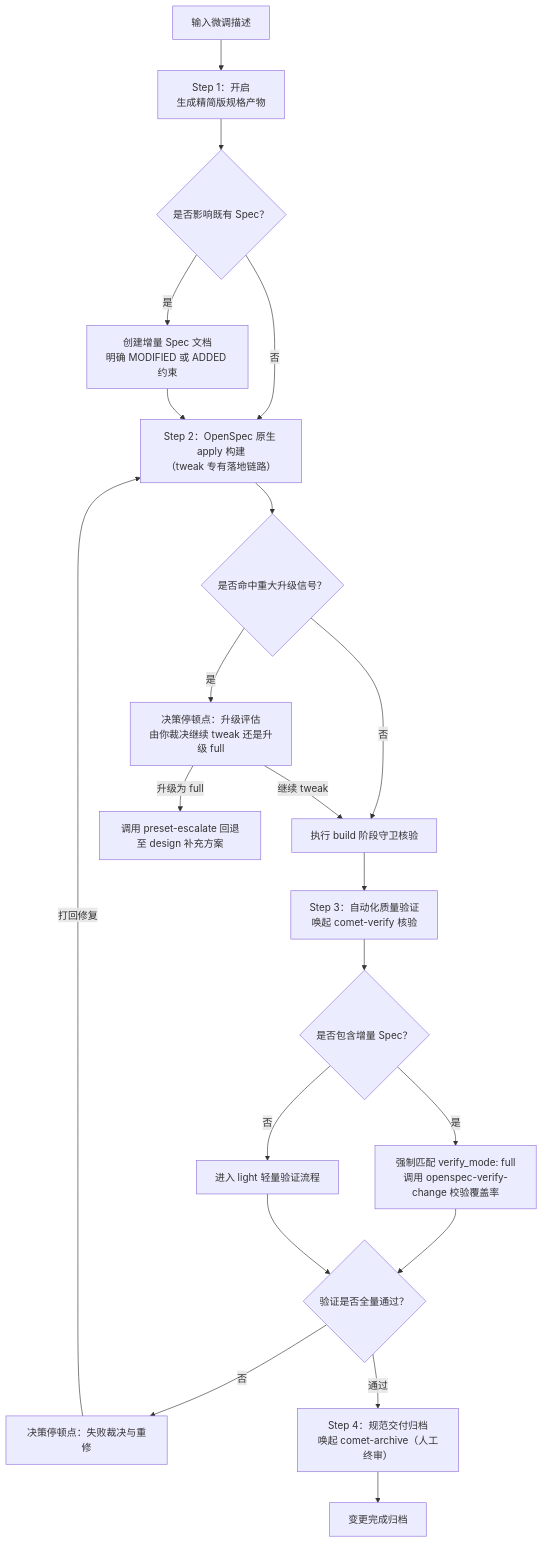
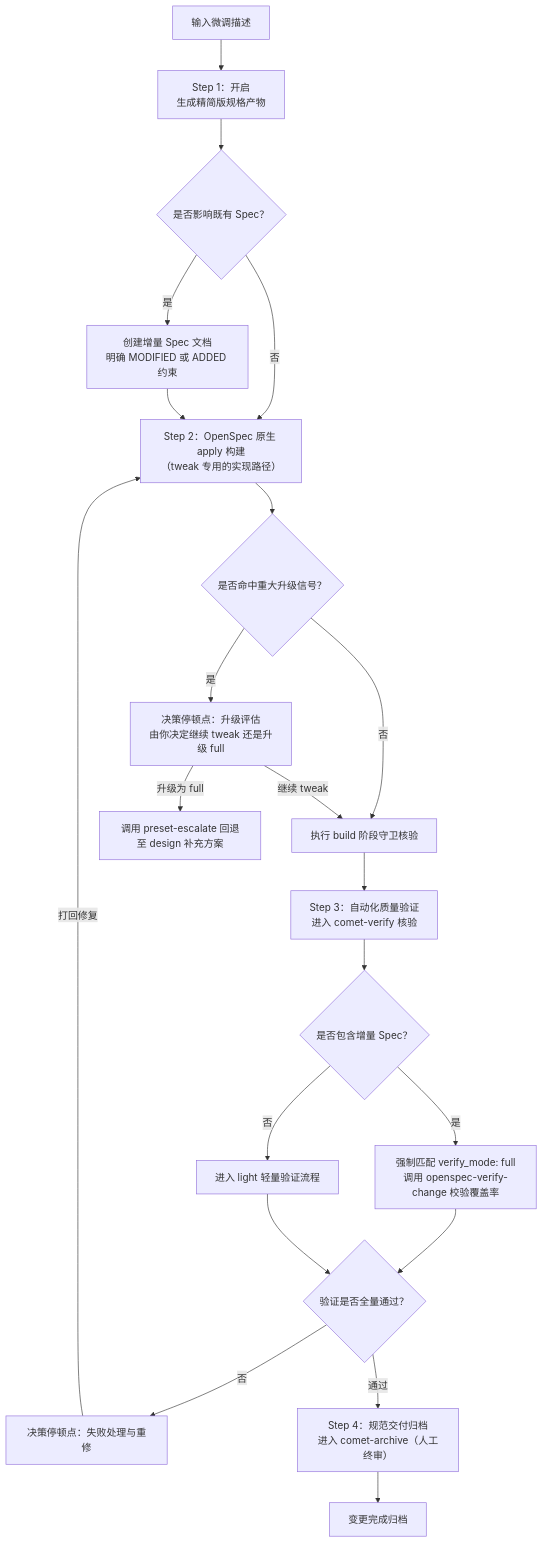
The diagram in zh/presets/tweak.mdx (rpamis/comet-website-docs), drawn with Mermaid before and after one commit. The commit also changed other lines of this file and 102 other files, not shown here.

````diff
--- a/zh/presets/tweak.mdx
+++ b/zh/presets/tweak.mdx
@@ -73,23 +73,23 @@
 ```mermaid
 flowchart TD
     Start["输入微调描述"] --> S1["Step 1：开启<br/>生成精简版规格产物"]
     S1 --> Delta{"是否影响既有 Spec？"}
     Delta -->|是| CreateDelta["创建增量 Spec 文档<br/>明确 MODIFIED 或 ADDED 约束"]
-    Delta -->|否| S2["Step 2：OpenSpec 原生 apply 构建<br/>（tweak 专有落地链路）"]
+    Delta -->|否| S2["Step 2：OpenSpec 原生 apply 构建<br/>（tweak 专用的实现路径）"]
     CreateDelta --> S2
     S2 --> Esc{"是否命中重大升级信号？"}
-    Esc -->|是| EscStop["决策停顿点：升级评估<br/>由你裁决继续 tweak 还是升级 full"]
+    Esc -->|是| EscStop["决策停顿点：升级评估<br/>由你决定继续 tweak 还是升级 full"]
     Esc -->|否| Guard["执行 build 阶段守卫核验"]
     EscStop -->|继续 tweak| Guard
     EscStop -->|升级为 full| EscUp["调用 preset-escalate 回退至 design 补充方案"]
-    Guard --> S3["Step 3：自动化质量验证<br/>唤起 comet-verify 核验"]
+    Guard --> S3["Step 3：自动化质量验证<br/>进入 comet-verify 核验"]
     S3 --> HasDelta{"是否包含增量 Spec？"}
     HasDelta -->|是| FullV["强制匹配 verify_mode: full<br/>调用 openspec-verify-change 校验覆盖率"]
     HasDelta -->|否| LightV["进入 light 轻量验证流程"]
     FullV --> Vf{"验证是否全量通过？"}
     LightV --> Vf
-    Vf -->|否| VfStop["决策停顿点：失败裁决与重修"]
+    Vf -->|否| VfStop["决策停顿点：失败处理与重修"]
     VfStop -->|打回修复| S2
-    Vf -->|通过| S4["Step 4：规范交付归档<br/>唤起 comet-archive（人工终审）"]
+    Vf -->|通过| S4["Step 4：规范交付归档<br/>进入 comet-archive（人工终审）"]
     S4 --> Done["变更完成归档"]
 ```
````
